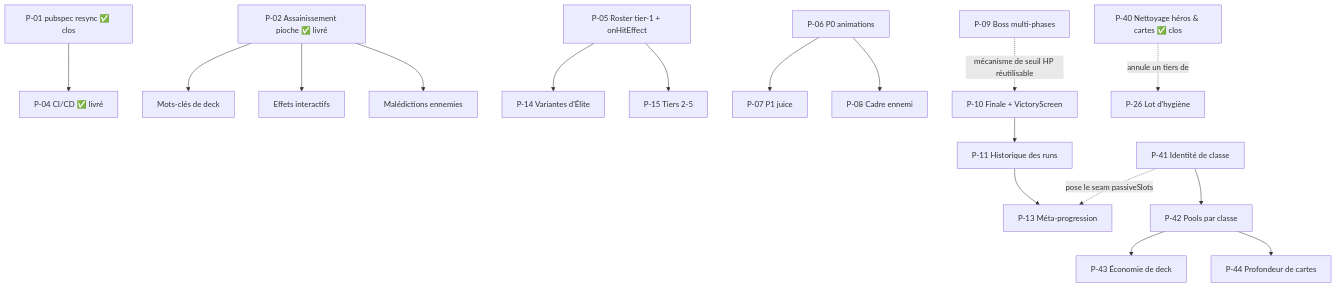
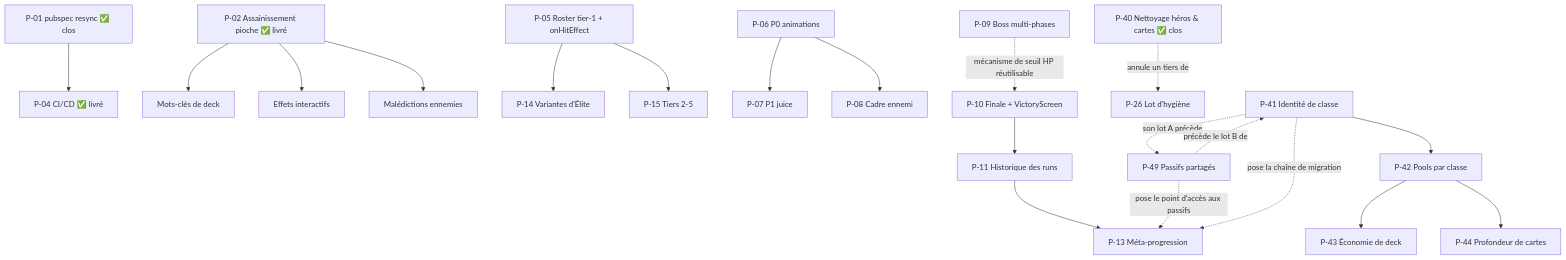
Before and after one commit to Hex-Umbra/hero-s-draft: the second of 3 diagrams in docs/ROADMAP.md, drawn with Mermaid. The commit also changed other lines of this file and 4 other files, not shown here.

````diff
--- a/docs/ROADMAP.md
+++ b/docs/ROADMAP.md
@@ -56,19 +57,22 @@
 ```mermaid
 graph TD
     P01["P-01 pubspec resync ✅ clos"] --> P04["P-04 CI/CD ✅ livré"]
     P02["P-02 Assainissement pioche ✅ livré"] --> B18[Mots-clés de deck]
     P02 --> B19[Effets interactifs]
     P02 --> B20[Malédictions ennemies]
     P05[P-05 Roster tier-1 + onHitEffect] --> P14[P-14 Variantes d'Élite]
     P05 --> P15[P-15 Tiers 2-5]
     P06[P-06 P0 animations] --> P07[P-07 P1 juice]
     P06 --> P08[P-08 Cadre ennemi]
     P10[P-10 Finale + VictoryScreen] --> P11[P-11 Historique des runs]
     P11 --> P13[P-13 Méta-progression]
     P09[P-09 Boss multi-phases] -.mécanisme de seuil HP réutilisable.-> P10
     P40["P-40 Nettoyage héros & cartes ✅ clos"] -.annule un tiers de.-> P26[P-26 Lot d'hygiène]
-    P41[P-41 Identité de classe] --> P42[P-42 Pools par classe]
+    P41[P-41 Identité de classe] -.son lot A précède.-> P49[P-49 Passifs partagés]
+    P49 -.précède le lot B de.-> P41
+    P41 --> P42[P-42 Pools par classe]
     P42 --> P43[P-43 Économie de deck]
     P42 --> P44[P-44 Profondeur de cartes]
-    P41 -.pose le seam passiveSlots.-> P13
+    P49 -.pose le point d'accès aux passifs.-> P13
+    P41 -.pose la chaîne de migration.-> P13
 ```
````
